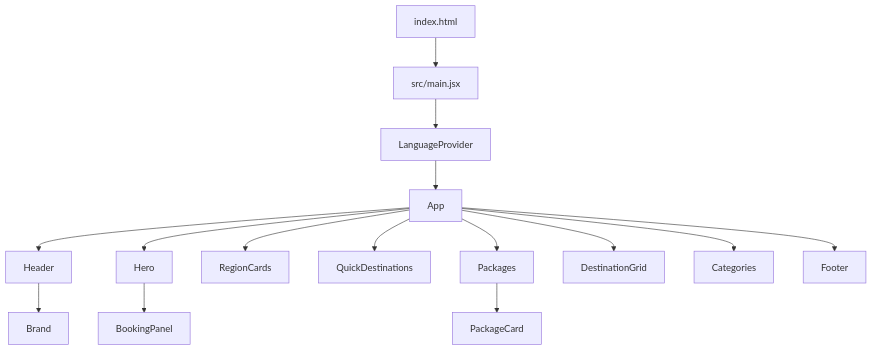
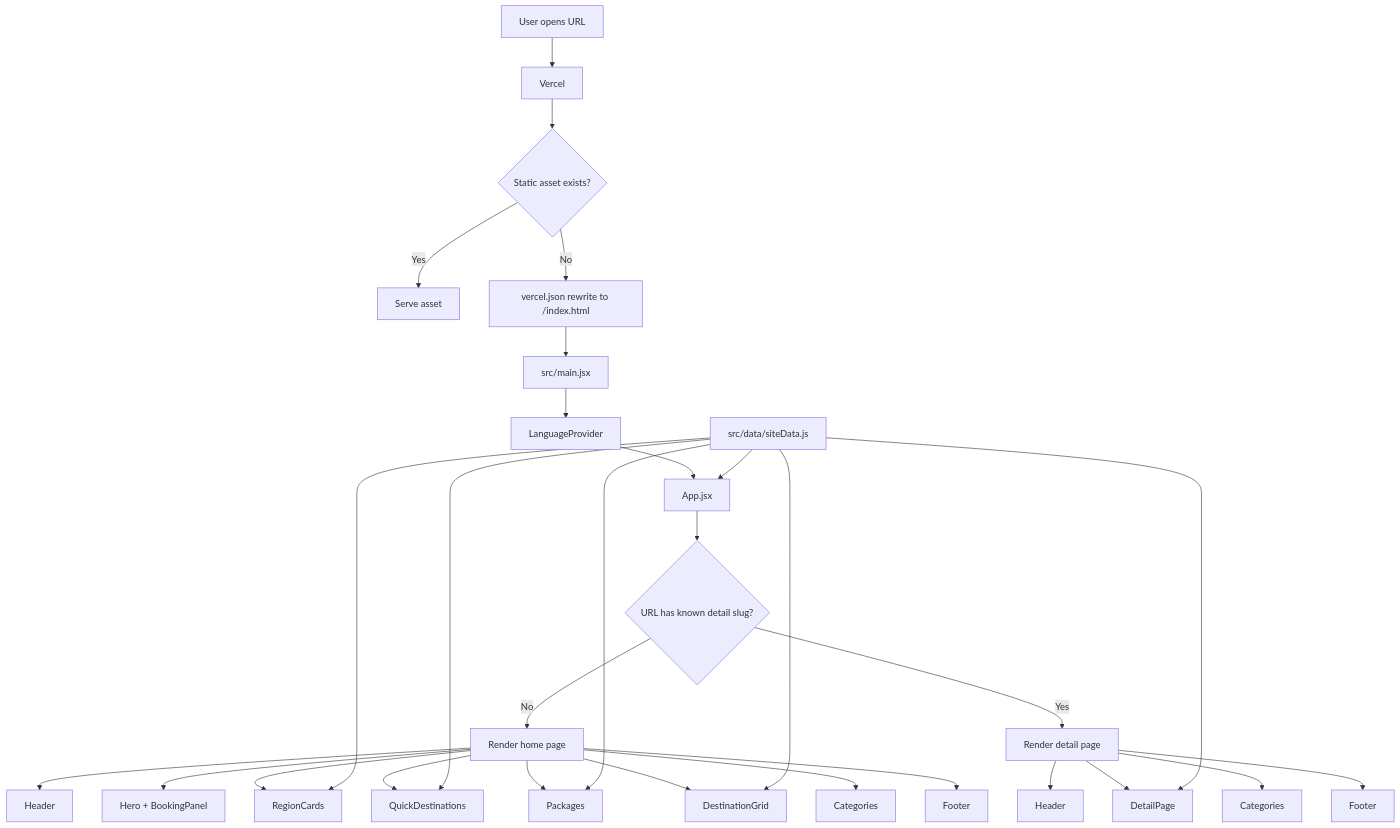
Before and after one commit to Harshitprajapati10/ttsite: the first of 4 diagrams in COMPONENTS.md, drawn with Mermaid. The commit also changed other lines of this file and 3 other files, not shown here.

````diff
--- a/COMPONENTS.md
+++ b/COMPONENTS.md
@@ -7,17 +7,31 @@
 ```mermaid
 flowchart TD
-  A[index.html] --> B[src/main.jsx]
-  B --> C[LanguageProvider]
-  C --> D[App]
-  D --> E[Header]
-  D --> F[Hero]
-  D --> G[RegionCards]
-  D --> H[QuickDestinations]
-  D --> I[Packages]
-  D --> J[DestinationGrid]
-  D --> K[Categories]
-  D --> L[Footer]
-  F --> M[BookingPanel]
-  E --> N[Brand]
-  I --> O[PackageCard]
+  A[User opens URL] --> B[Vercel]
+  B --> C{Static asset exists?}
+  C -->|Yes| D[Serve asset]
+  C -->|No| E[vercel.json rewrite to /index.html]
+  E --> F[src/main.jsx]
+  F --> G[LanguageProvider]
+  G --> H[App.jsx]
+  H --> I{URL has known detail slug?}
+  I -->|No| J[Render home page]
+  I -->|Yes| K[Render detail page]
+  J --> L[Header]
+  J --> M[Hero + BookingPanel]
+  J --> N[RegionCards]
+  J --> O[QuickDestinations]
+  J --> P[Packages]
+  J --> Q[DestinationGrid]
+  J --> R[Categories]
+  J --> S[Footer]
+  K --> T[Header]
+  K --> U[DetailPage]
+  K --> V[Categories]
+  K --> W[Footer]
+  X[src/data/siteData.js] --> H
+  X --> N
+  X --> O
+  X --> P
+  X --> Q
+  X --> U
 ```
````
